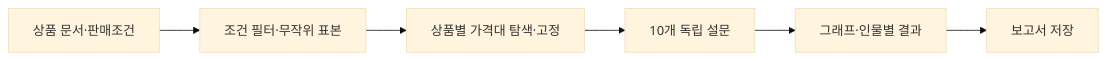
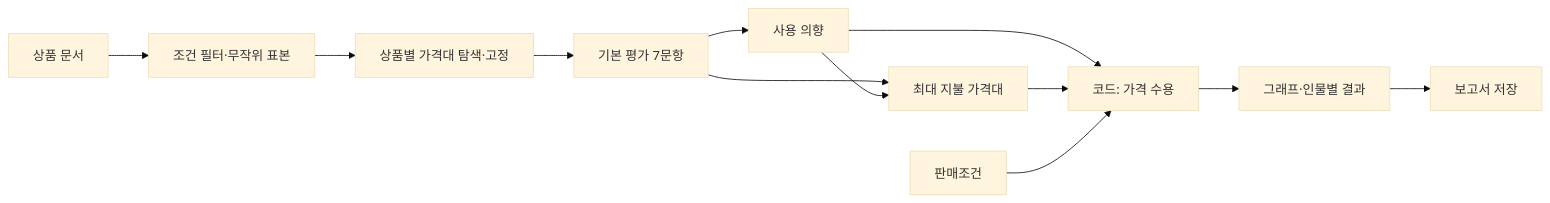
One commit to KimEJ/persona-lab changed the first of 2 diagrams in README.md. Above: the diagram before and after it, drawn with Mermaid (base theme). The commit also changed other lines of this file and 62 other files, not shown here.

````diff
--- a/README.md
+++ b/README.md
@@ -3,8 +3,14 @@
 ```mermaid
 flowchart LR
-    I["상품 문서·판매조건"] --> S["조건 필터·무작위 표본"]
+    I["상품 문서"] --> S["조건 필터·무작위 표본"]
     S --> P["상품별 가격대 탐색·고정"]
-    P --> Q["10개 독립 설문"]
-    Q --> R["그래프·인물별 결과"]
+    P --> Q["기본 평가 7문항"]
+    Q --> U["사용 의향"]
+    Q --> W["최대 지불 가격대"]
+    U --> W
+    U --> A["코드: 가격 수용"]
+    W --> A
+    O["판매조건"] --> A
+    A --> R["그래프·인물별 결과"]
     R --> E["보고서 저장"]
 ```
````
